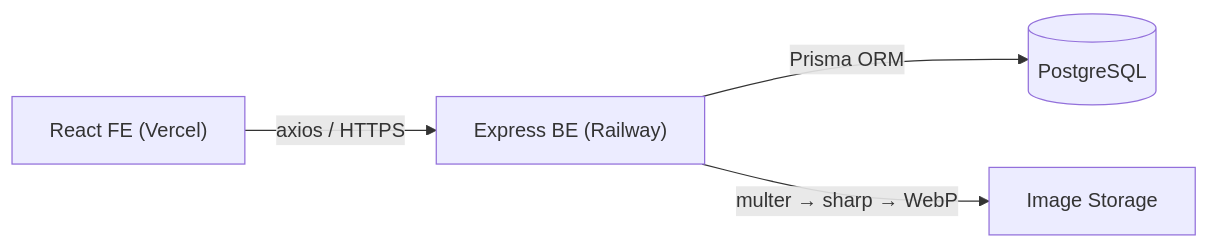
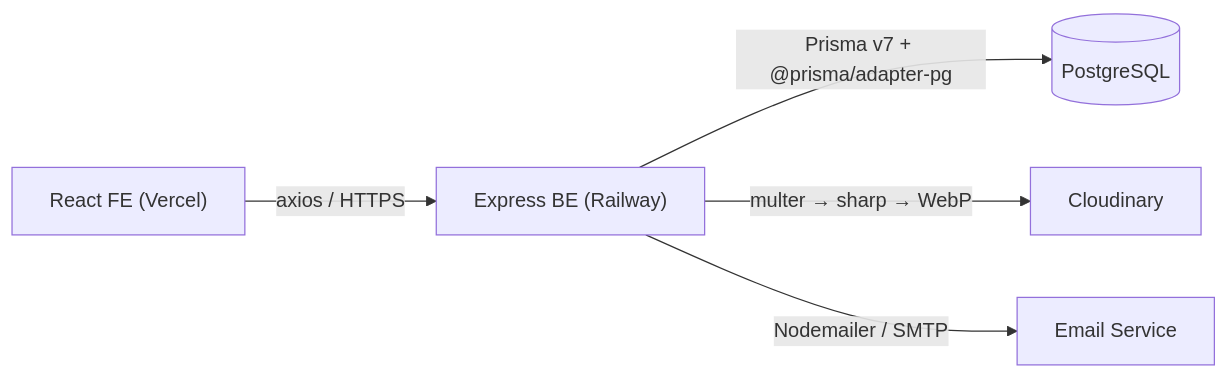
Before and after one commit to bajiff/e-katalog-agung-jaya: the first of 3 diagrams in analysis_report.md, drawn with Mermaid. The commit also changed other lines of this file and 2 other files, not shown here.

````diff
--- a/analysis_report.md
+++ b/analysis_report.md
@@ -10,6 +11,7 @@
 ```mermaid
 graph LR
     FE["React FE (Vercel)"] -->|axios / HTTPS| BE["Express BE (Railway)"]
-    BE -->|Prisma ORM| DB[(PostgreSQL)]
-    BE -->|multer → sharp → WebP| FS["Image Storage"]
+    BE -->|"Prisma v7 + @prisma/adapter-pg"| DB[(PostgreSQL)]
+    BE -->|multer → sharp → WebP| CLD["Cloudinary"]
+    BE -->|Nodemailer / SMTP| EMAIL["Email Service"]
 ```
````
